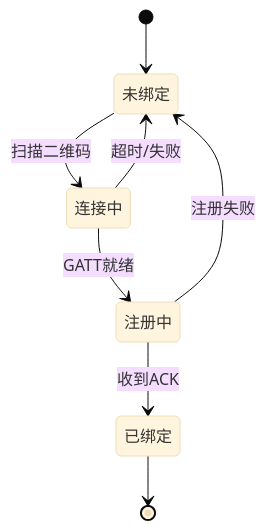
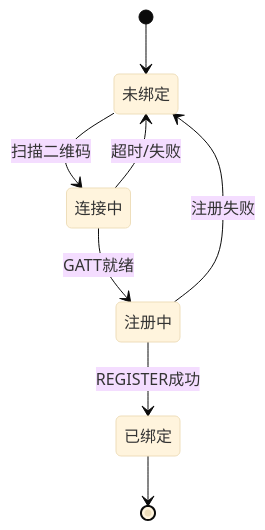
One commit to BladeFong/BleNotificationSync changed the third of 5 diagrams in docs/superpowers/specs/2026-07-10-ble-notification-sync-design.md. Above: the diagram before and after it, drawn with Mermaid (base theme). The commit also changed other lines of this file and 7 other files, not shown here.

````diff
--- a/docs/superpowers/specs/2026-07-10-ble-notification-sync-design.md
+++ b/docs/superpowers/specs/2026-07-10-ble-notification-sync-design.md
@@ -327,10 +324,10 @@
 ```mermaid
 stateDiagram-v2
     [*] --> 未绑定
     未绑定 --> 连接中: 扫描二维码
     连接中 --> 未绑定: 超时/失败
     连接中 --> 注册中: GATT就绪
     注册中 --> 未绑定: 注册失败
-    注册中 --> 已绑定: 收到ACK
+    注册中 --> 已绑定: REGISTER成功
     已绑定 --> [*]
 ```
````
